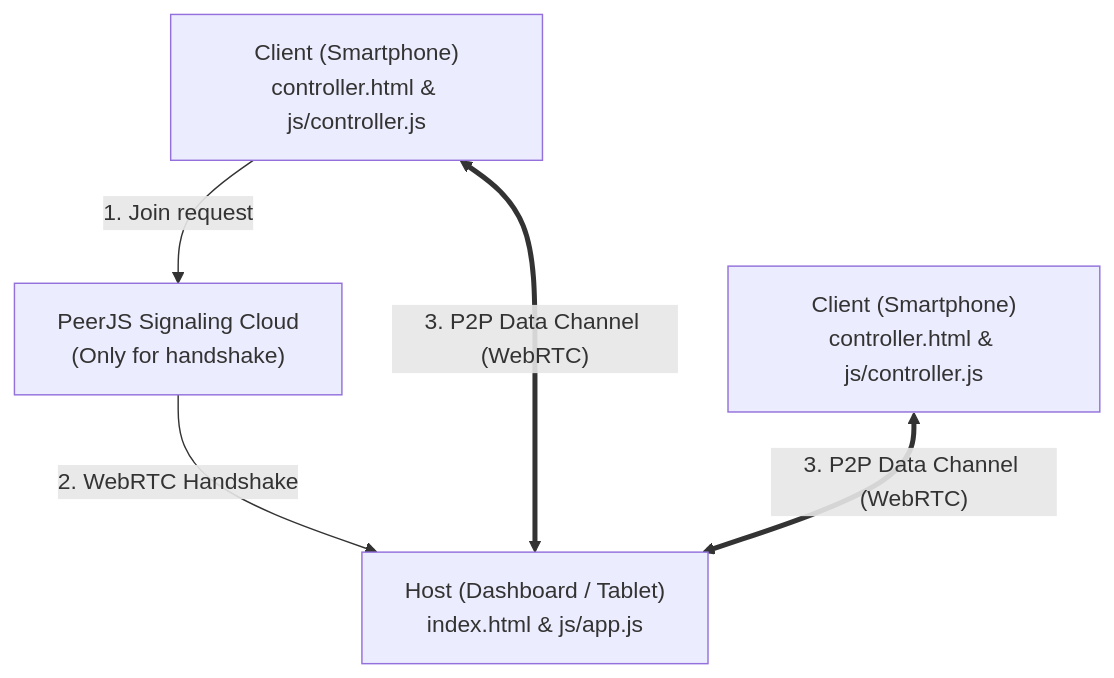
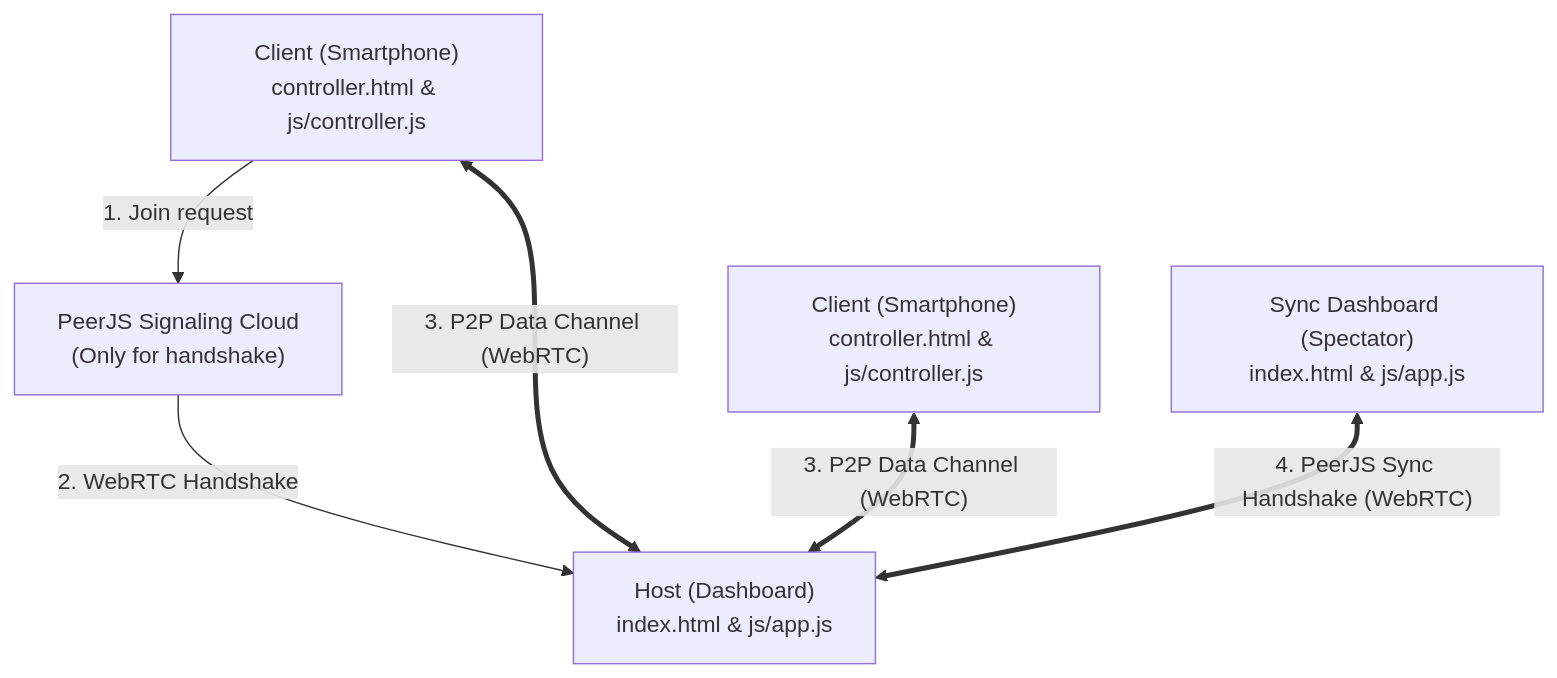
Before and after one commit to Firethunder/quintasch: the diagram in .gsd/ARCHITECTURE.md, drawn with Mermaid. The commit also changed other lines of this file and 13 other files, not shown here.

Commit message:
docs: complete milestone Dashboard-Landing-and-Sync

````diff
--- a/.gsd/ARCHITECTURE.md
+++ b/.gsd/ARCHITECTURE.md
@@ -8,12 +8,14 @@
 ```mermaid
 graph TD
-    Host["Host (Dashboard / Tablet)<br>index.html & js/app.js"]
+    Host["Host (Dashboard)<br>index.html & js/app.js"]
+    SyncHost["Sync Dashboard (Spectator)<br>index.html & js/app.js"]
     Client1["Client (Smartphone)<br>controller.html & js/controller.js"]
     Client2["Client (Smartphone)<br>controller.html & js/controller.js"]
     Signaling["PeerJS Signaling Cloud<br>(Only for handshake)"]
 
     Client1 -- "1. Join request" --> Signaling
     Signaling -- "2. WebRTC Handshake" --> Host
     Client1 <== "3. P2P Data Channel (WebRTC)" ==> Host
     Client2 <== "3. P2P Data Channel (WebRTC)" ==> Host
+    SyncHost <== "4. PeerJS Sync Handshake (WebRTC)" ==> Host
 ```
````
